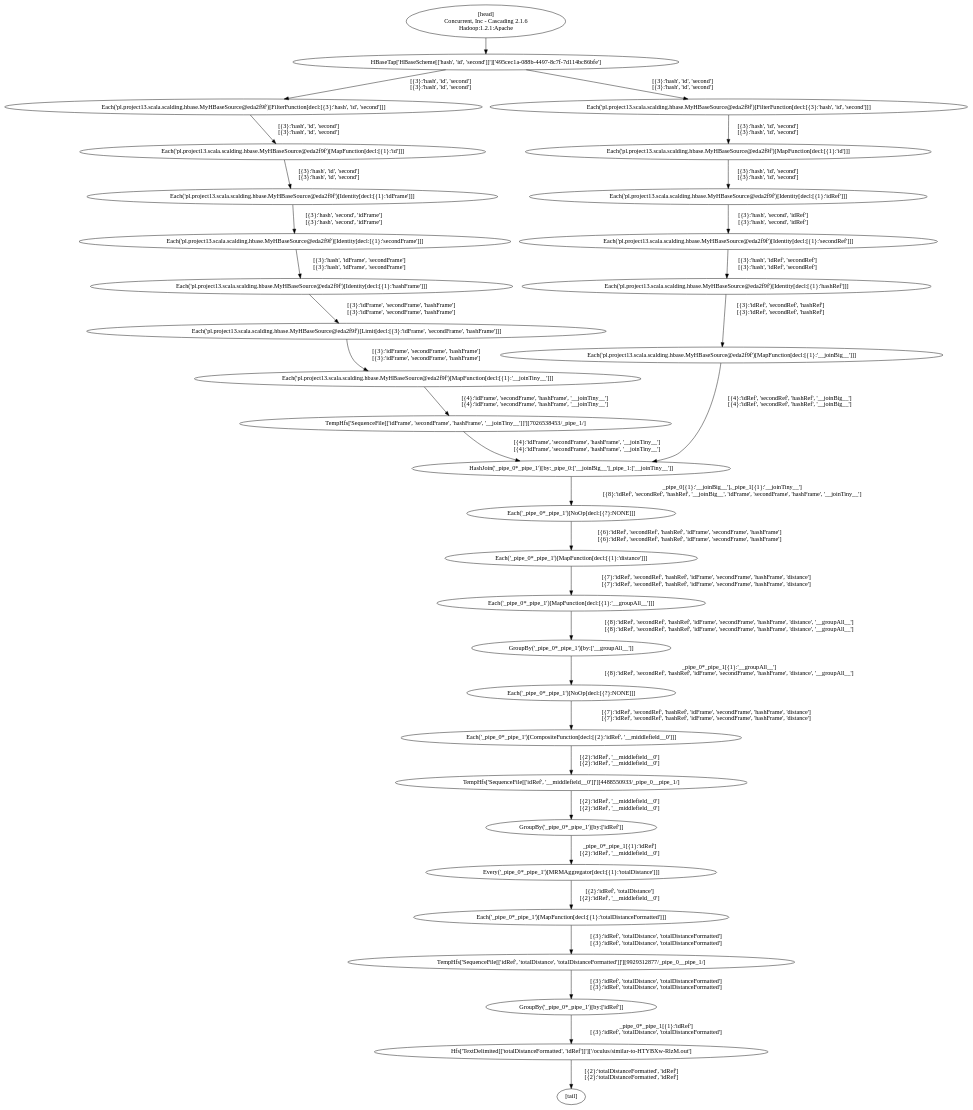
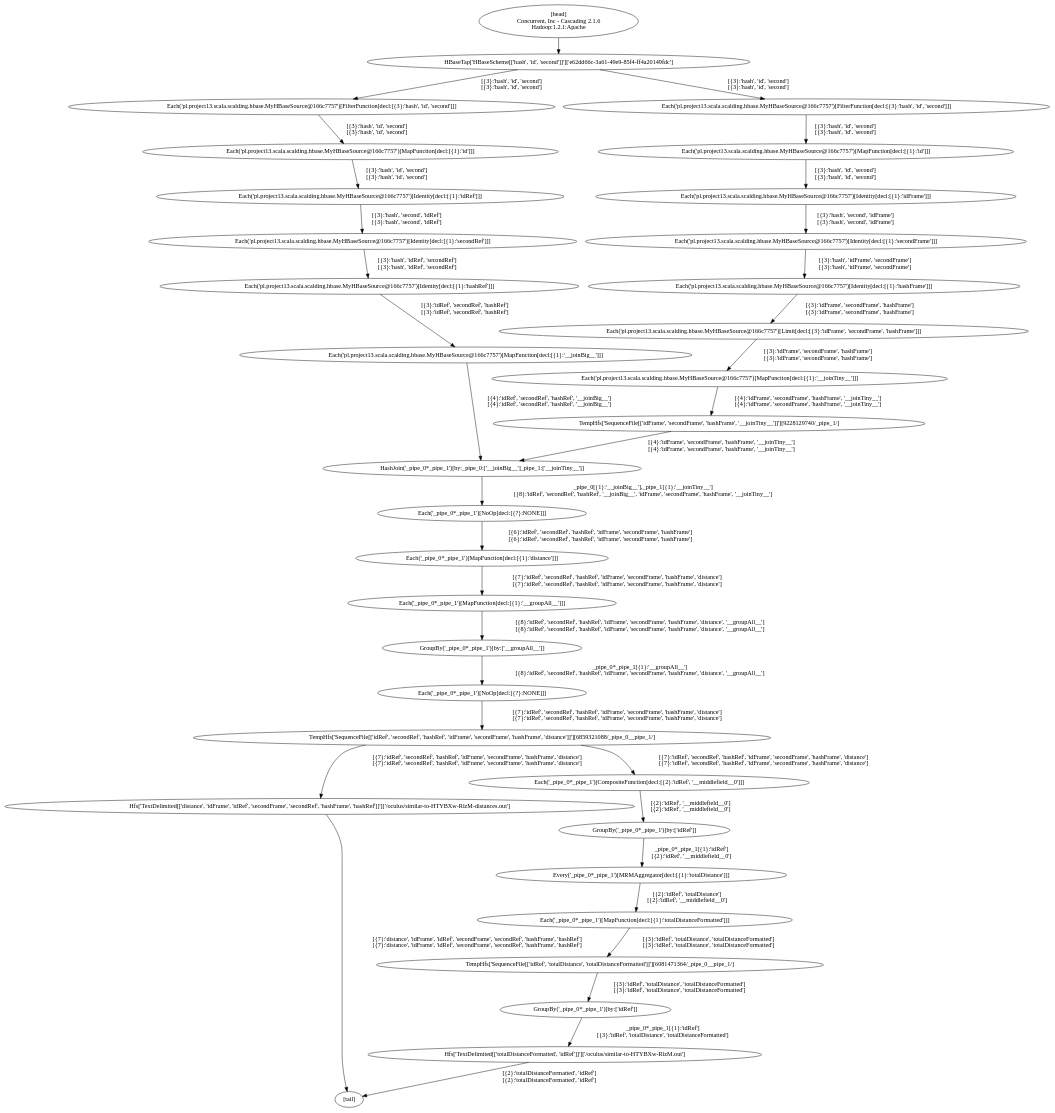
The diagram in FindSimilarMoviesJob.dot (ktoso/oculus), drawn with Graphviz before and after one commit. The commit also changed 1 other file, not shown here.

```diff
--- a/FindSimilarMoviesJob.dot
+++ b/FindSimilarMoviesJob.dot
@@ -1,64 +1,67 @@
 digraph G {
-  1 [label = "Hfs['TextDelimited[['totalDistanceFormatted', 'idRef']]']['/oculus/similar-to-HTYBXw-RlzM.out']"];
-  2 [label = "GroupBy('_pipe_0*_pipe_1')[by:['idRef']]"];
-  3 [label = "Each('_pipe_0*_pipe_1')[MapFunction[decl:[{1}:'totalDistanceFormatted']]]"];
-  4 [label = "Every('_pipe_0*_pipe_1')[MRMAggregator[decl:[{1}:'totalDistance']]]"];
-  5 [label = "GroupBy('_pipe_0*_pipe_1')[by:['idRef']]"];
-  6 [label = "Each('_pipe_0*_pipe_1')[CompositeFunction[decl:[{2}:'idRef', '__middlefield__0']]]"];
-  7 [label = "Each('_pipe_0*_pipe_1')[NoOp[decl:[{?}:NONE]]]"];
-  8 [label = "GroupBy('_pipe_0*_pipe_1')[by:['__groupAll__']]"];
-  9 [label = "Each('_pipe_0*_pipe_1')[MapFunction[decl:[{1}:'__groupAll__']]]"];
-  10 [label = "Each('_pipe_0*_pipe_1')[MapFunction[decl:[{1}:'distance']]]"];
-  11 [label = "Each('_pipe_0*_pipe_1')[NoOp[decl:[{?}:NONE]]]"];
-  12 [label = "HashJoin('_pipe_0*_pipe_1')[by:_pipe_0:['__joinBig__']_pipe_1:['__joinTiny__']]"];
-  13 [label = "Each('pl.project13.scala.scalding.hbase.MyHBaseSource@eda2f9f')[MapFunction[decl:[{1}:'__joinTiny__']]]"];
-  14 [label = "Each('pl.project13.scala.scalding.hbase.MyHBaseSource@eda2f9f')[Limit[decl:[{3}:'idFrame', 'secondFrame', 'hashFrame']]]"];
-  15 [label = "Each('pl.project13.scala.scalding.hbase.MyHBaseSource@eda2f9f')[Identity[decl:[{1}:'hashFrame']]]"];
-  16 [label = "Each('pl.project13.scala.scalding.hbase.MyHBaseSource@eda2f9f')[Identity[decl:[{1}:'secondFrame']]]"];
-  17 [label = "Each('pl.project13.scala.scalding.hbase.MyHBaseSource@eda2f9f')[Identity[decl:[{1}:'idFrame']]]"];
-  18 [label = "Each('pl.project13.scala.scalding.hbase.MyHBaseSource@eda2f9f')[MapFunction[decl:[{1}:'id']]]"];
-  19 [label = "Each('pl.project13.scala.scalding.hbase.MyHBaseSource@eda2f9f')[FilterFunction[decl:[{3}:'hash', 'id', 'second']]]"];
-  20 [label = "HBaseTap['HBaseScheme[['hash', 'id', 'second']]']['495cec1a-088b-4497-8c7f-7d114bc86bfe']"];
-  21 [label = "Each('pl.project13.scala.scalding.hbase.MyHBaseSource@eda2f9f')[MapFunction[decl:[{1}:'__joinBig__']]]"];
-  22 [label = "Each('pl.project13.scala.scalding.hbase.MyHBaseSource@eda2f9f')[Identity[decl:[{1}:'hashRef']]]"];
-  23 [label = "Each('pl.project13.scala.scalding.hbase.MyHBaseSource@eda2f9f')[Identity[decl:[{1}:'secondRef']]]"];
-  24 [label = "Each('pl.project13.scala.scalding.hbase.MyHBaseSource@eda2f9f')[Identity[decl:[{1}:'idRef']]]"];
-  25 [label = "Each('pl.project13.scala.scalding.hbase.MyHBaseSource@eda2f9f')[MapFunction[decl:[{1}:'id']]]"];
-  26 [label = "Each('pl.project13.scala.scalding.hbase.MyHBaseSource@eda2f9f')[FilterFunction[decl:[{3}:'hash', 'id', 'second']]]"];
-  27 [label = "[head]\nConcurrent, Inc - Cascading 2.1.6\nHadoop:1.2.1:Apache"];
-  28 [label = "[tail]"];
-  29 [label = "TempHfs['SequenceFile[['idRef', '__middlefield__0']]'][4488550933/_pipe_0__pipe_1/]"];
-  30 [label = "TempHfs['SequenceFile[['idRef', 'totalDistance', 'totalDistanceFormatted']]'][9929312877/_pipe_0__pipe_1/]"];
-  31 [label = "TempHfs['SequenceFile[['idFrame', 'secondFrame', 'hashFrame', '__joinTiny__']]'][7026538453/_pipe_1/]"];
-  19 -> 18 [label = "[{3}:'hash', 'id', 'second']\n[{3}:'hash', 'id', 'second']"];
-  18 -> 17 [label = "[{3}:'hash', 'id', 'second']\n[{3}:'hash', 'id', 'second']"];
-  17 -> 16 [label = "[{3}:'hash', 'second', 'idFrame']\n[{3}:'hash', 'second', 'idFrame']"];
-  16 -> 15 [label = "[{3}:'hash', 'idFrame', 'secondFrame']\n[{3}:'hash', 'idFrame', 'secondFrame']"];
-  15 -> 14 [label = "[{3}:'idFrame', 'secondFrame', 'hashFrame']\n[{3}:'idFrame', 'secondFrame', 'hashFrame']"];
-  14 -> 13 [label = "[{3}:'idFrame', 'secondFrame', 'hashFrame']\n[{3}:'idFrame', 'secondFrame', 'hashFrame']"];
-  26 -> 25 [label = "[{3}:'hash', 'id', 'second']\n[{3}:'hash', 'id', 'second']"];
-  25 -> 24 [label = "[{3}:'hash', 'id', 'second']\n[{3}:'hash', 'id', 'second']"];
-  24 -> 23 [label = "[{3}:'hash', 'second', 'idRef']\n[{3}:'hash', 'second', 'idRef']"];
-  23 -> 22 [label = "[{3}:'hash', 'idRef', 'secondRef']\n[{3}:'hash', 'idRef', 'secondRef']"];
-  22 -> 21 [label = "[{3}:'idRef', 'secondRef', 'hashRef']\n[{3}:'idRef', 'secondRef', 'hashRef']"];
-  12 -> 11 [label = "_pipe_0[{1}:'__joinBig__'],_pipe_1[{1}:'__joinTiny__']\n[{8}:'idRef', 'secondRef', 'hashRef', '__joinBig__', 'idFrame', 'secondFrame', 'hashFrame', '__joinTiny__']"];
-  11 -> 10 [label = "[{6}:'idRef', 'secondRef', 'hashRef', 'idFrame', 'secondFrame', 'hashFrame']\n[{6}:'idRef', 'secondRef', 'hashRef', 'idFrame', 'secondFrame', 'hashFrame']"];
-  10 -> 9 [label = "[{7}:'idRef', 'secondRef', 'hashRef', 'idFrame', 'secondFrame', 'hashFrame', 'distance']\n[{7}:'idRef', 'secondRef', 'hashRef', 'idFrame', 'secondFrame', 'hashFrame', 'distance']"];
-  9 -> 8 [label = "[{8}:'idRef', 'secondRef', 'hashRef', 'idFrame', 'secondFrame', 'hashFrame', 'distance', '__groupAll__']\n[{8}:'idRef', 'secondRef', 'hashRef', 'idFrame', 'secondFrame', 'hashFrame', 'distance', '__groupAll__']"];
-  8 -> 7 [label = "_pipe_0*_pipe_1[{1}:'__groupAll__']\n[{8}:'idRef', 'secondRef', 'hashRef', 'idFrame', 'secondFrame', 'hashFrame', 'distance', '__groupAll__']"];
-  7 -> 6 [label = "[{7}:'idRef', 'secondRef', 'hashRef', 'idFrame', 'secondFrame', 'hashFrame', 'distance']\n[{7}:'idRef', 'secondRef', 'hashRef', 'idFrame', 'secondFrame', 'hashFrame', 'distance']"];
-  5 -> 4 [label = "_pipe_0*_pipe_1[{1}:'idRef']\n[{2}:'idRef', '__middlefield__0']"];
-  4 -> 3 [label = "[{2}:'idRef', 'totalDistance']\n[{2}:'idRef', '__middlefield__0']"];
-  27 -> 20 [label = ""];
-  1 -> 28 [label = "[{2}:'totalDistanceFormatted', 'idRef']\n[{2}:'totalDistanceFormatted', 'idRef']"];
-  6 -> 29 [label = "[{2}:'idRef', '__middlefield__0']\n[{2}:'idRef', '__middlefield__0']"];
-  29 -> 5 [label = "[{2}:'idRef', '__middlefield__0']\n[{2}:'idRef', '__middlefield__0']"];
-  3 -> 30 [label = "[{3}:'idRef', 'totalDistance', 'totalDistanceFormatted']\n[{3}:'idRef', 'totalDistance', 'totalDistanceFormatted']"];
-  30 -> 2 [label = "[{3}:'idRef', 'totalDistance', 'totalDistanceFormatted']\n[{3}:'idRef', 'totalDistance', 'totalDistanceFormatted']"];
-  31 -> 12 [label = "[{4}:'idFrame', 'secondFrame', 'hashFrame', '__joinTiny__']\n[{4}:'idFrame', 'secondFrame', 'hashFrame', '__joinTiny__']"];
+  1 [label = "Hfs['TextDelimited[['distance', 'idFrame', 'idRef', 'secondFrame', 'secondRef', 'hashFrame', 'hashRef']]']['/oculus/similar-to-HTYBXw-RlzM-distances.out']"];
+  2 [label = "Each('_pipe_0*_pipe_1')[NoOp[decl:[{?}:NONE]]]"];
+  3 [label = "GroupBy('_pipe_0*_pipe_1')[by:['__groupAll__']]"];
+  4 [label = "Each('_pipe_0*_pipe_1')[MapFunction[decl:[{1}:'__groupAll__']]]"];
+  5 [label = "Each('_pipe_0*_pipe_1')[MapFunction[decl:[{1}:'distance']]]"];
+  6 [label = "Each('_pipe_0*_pipe_1')[NoOp[decl:[{?}:NONE]]]"];
+  7 [label = "HashJoin('_pipe_0*_pipe_1')[by:_pipe_0:['__joinBig__']_pipe_1:['__joinTiny__']]"];
+  8 [label = "Each('pl.project13.scala.scalding.hbase.MyHBaseSource@166c7757')[MapFunction[decl:[{1}:'__joinBig__']]]"];
+  9 [label = "Each('pl.project13.scala.scalding.hbase.MyHBaseSource@166c7757')[Identity[decl:[{1}:'hashRef']]]"];
+  10 [label = "Each('pl.project13.scala.scalding.hbase.MyHBaseSource@166c7757')[Identity[decl:[{1}:'secondRef']]]"];
+  11 [label = "Each('pl.project13.scala.scalding.hbase.MyHBaseSource@166c7757')[Identity[decl:[{1}:'idRef']]]"];
+  12 [label = "Each('pl.project13.scala.scalding.hbase.MyHBaseSource@166c7757')[MapFunction[decl:[{1}:'id']]]"];
+  13 [label = "Each('pl.project13.scala.scalding.hbase.MyHBaseSource@166c7757')[FilterFunction[decl:[{3}:'hash', 'id', 'second']]]"];
+  14 [label = "HBaseTap['HBaseScheme[['hash', 'id', 'second']]']['e62dd66c-3a61-49e9-85f4-ff4a20149fdc']"];
+  15 [label = "Each('pl.project13.scala.scalding.hbase.MyHBaseSource@166c7757')[MapFunction[decl:[{1}:'__joinTiny__']]]"];
+  16 [label = "Each('pl.project13.scala.scalding.hbase.MyHBaseSource@166c7757')[Limit[decl:[{3}:'idFrame', 'secondFrame', 'hashFrame']]]"];
+  17 [label = "Each('pl.project13.scala.scalding.hbase.MyHBaseSource@166c7757')[Identity[decl:[{1}:'hashFrame']]]"];
+  18 [label = "Each('pl.project13.scala.scalding.hbase.MyHBaseSource@166c7757')[Identity[decl:[{1}:'secondFrame']]]"];
+  19 [label = "Each('pl.project13.scala.scalding.hbase.MyHBaseSource@166c7757')[Identity[decl:[{1}:'idFrame']]]"];
+  20 [label = "Each('pl.project13.scala.scalding.hbase.MyHBaseSource@166c7757')[MapFunction[decl:[{1}:'id']]]"];
+  21 [label = "Each('pl.project13.scala.scalding.hbase.MyHBaseSource@166c7757')[FilterFunction[decl:[{3}:'hash', 'id', 'second']]]"];
+  22 [label = "Hfs['TextDelimited[['totalDistanceFormatted', 'idRef']]']['/oculus/similar-to-HTYBXw-RlzM.out']"];
+  23 [label = "GroupBy('_pipe_0*_pipe_1')[by:['idRef']]"];
+  24 [label = "Each('_pipe_0*_pipe_1')[MapFunction[decl:[{1}:'totalDistanceFormatted']]]"];
+  25 [label = "Every('_pipe_0*_pipe_1')[MRMAggregator[decl:[{1}:'totalDistance']]]"];
+  26 [label = "GroupBy('_pipe_0*_pipe_1')[by:['idRef']]"];
+  27 [label = "Each('_pipe_0*_pipe_1')[CompositeFunction[decl:[{2}:'idRef', '__middlefield__0']]]"];
+  28 [label = "[head]\nConcurrent, Inc - Cascading 2.1.6\nHadoop:1.2.1:Apache"];
+  29 [label = "[tail]"];
+  30 [label = "TempHfs['SequenceFile[['idRef', 'secondRef', 'hashRef', 'idFrame', 'secondFrame', 'hashFrame', 'distance']]'][6859321088/_pipe_0__pipe_1/]"];
+  31 [label = "TempHfs['SequenceFile[['idRef', 'totalDistance', 'totalDistanceFormatted']]'][6081471364/_pipe_0__pipe_1/]"];
+  32 [label = "TempHfs['SequenceFile[['idFrame', 'secondFrame', 'hashFrame', '__joinTiny__']]'][9228129740/_pipe_1/]"];
+  13 -> 12 [label = "[{3}:'hash', 'id', 'second']\n[{3}:'hash', 'id', 'second']"];
+  12 -> 11 [label = "[{3}:'hash', 'id', 'second']\n[{3}:'hash', 'id', 'second']"];
+  11 -> 10 [label = "[{3}:'hash', 'second', 'idRef']\n[{3}:'hash', 'second', 'idRef']"];
+  10 -> 9 [label = "[{3}:'hash', 'idRef', 'secondRef']\n[{3}:'hash', 'idRef', 'secondRef']"];
+  9 -> 8 [label = "[{3}:'idRef', 'secondRef', 'hashRef']\n[{3}:'idRef', 'secondRef', 'hashRef']"];
+  21 -> 20 [label = "[{3}:'hash', 'id', 'second']\n[{3}:'hash', 'id', 'second']"];
   20 -> 19 [label = "[{3}:'hash', 'id', 'second']\n[{3}:'hash', 'id', 'second']"];
-  20 -> 26 [label = "[{3}:'hash', 'id', 'second']\n[{3}:'hash', 'id', 'second']"];
-  21 -> 12 [label = "[{4}:'idRef', 'secondRef', 'hashRef', '__joinBig__']\n[{4}:'idRef', 'secondRef', 'hashRef', '__joinBig__']"];
-  2 -> 1 [label = "_pipe_0*_pipe_1[{1}:'idRef']\n[{3}:'idRef', 'totalDistance', 'totalDistanceFormatted']"];
-  13 -> 31 [label = "[{4}:'idFrame', 'secondFrame', 'hashFrame', '__joinTiny__']\n[{4}:'idFrame', 'secondFrame', 'hashFrame', '__joinTiny__']"];
+  19 -> 18 [label = "[{3}:'hash', 'second', 'idFrame']\n[{3}:'hash', 'second', 'idFrame']"];
+  18 -> 17 [label = "[{3}:'hash', 'idFrame', 'secondFrame']\n[{3}:'hash', 'idFrame', 'secondFrame']"];
+  17 -> 16 [label = "[{3}:'idFrame', 'secondFrame', 'hashFrame']\n[{3}:'idFrame', 'secondFrame', 'hashFrame']"];
+  16 -> 15 [label = "[{3}:'idFrame', 'secondFrame', 'hashFrame']\n[{3}:'idFrame', 'secondFrame', 'hashFrame']"];
+  7 -> 6 [label = "_pipe_0[{1}:'__joinBig__'],_pipe_1[{1}:'__joinTiny__']\n[{8}:'idRef', 'secondRef', 'hashRef', '__joinBig__', 'idFrame', 'secondFrame', 'hashFrame', '__joinTiny__']"];
+  6 -> 5 [label = "[{6}:'idRef', 'secondRef', 'hashRef', 'idFrame', 'secondFrame', 'hashFrame']\n[{6}:'idRef', 'secondRef', 'hashRef', 'idFrame', 'secondFrame', 'hashFrame']"];
+  5 -> 4 [label = "[{7}:'idRef', 'secondRef', 'hashRef', 'idFrame', 'secondFrame', 'hashFrame', 'distance']\n[{7}:'idRef', 'secondRef', 'hashRef', 'idFrame', 'secondFrame', 'hashFrame', 'distance']"];
+  4 -> 3 [label = "[{8}:'idRef', 'secondRef', 'hashRef', 'idFrame', 'secondFrame', 'hashFrame', 'distance', '__groupAll__']\n[{8}:'idRef', 'secondRef', 'hashRef', 'idFrame', 'secondFrame', 'hashFrame', 'distance', '__groupAll__']"];
+  3 -> 2 [label = "_pipe_0*_pipe_1[{1}:'__groupAll__']\n[{8}:'idRef', 'secondRef', 'hashRef', 'idFrame', 'secondFrame', 'hashFrame', 'distance', '__groupAll__']"];
+  27 -> 26 [label = "[{2}:'idRef', '__middlefield__0']\n[{2}:'idRef', '__middlefield__0']"];
+  26 -> 25 [label = "_pipe_0*_pipe_1[{1}:'idRef']\n[{2}:'idRef', '__middlefield__0']"];
+  25 -> 24 [label = "[{2}:'idRef', 'totalDistance']\n[{2}:'idRef', '__middlefield__0']"];
+  28 -> 14 [label = ""];
+  1 -> 29 [label = "[{7}:'distance', 'idFrame', 'idRef', 'secondFrame', 'secondRef', 'hashFrame', 'hashRef']\n[{7}:'distance', 'idFrame', 'idRef', 'secondFrame', 'secondRef', 'hashFrame', 'hashRef']"];
+  22 -> 29 [label = "[{2}:'totalDistanceFormatted', 'idRef']\n[{2}:'totalDistanceFormatted', 'idRef']"];
+  2 -> 30 [label = "[{7}:'idRef', 'secondRef', 'hashRef', 'idFrame', 'secondFrame', 'hashFrame', 'distance']\n[{7}:'idRef', 'secondRef', 'hashRef', 'idFrame', 'secondFrame', 'hashFrame', 'distance']"];
+  30 -> 27 [label = "[{7}:'idRef', 'secondRef', 'hashRef', 'idFrame', 'secondFrame', 'hashFrame', 'distance']\n[{7}:'idRef', 'secondRef', 'hashRef', 'idFrame', 'secondFrame', 'hashFrame', 'distance']"];
+  24 -> 31 [label = "[{3}:'idRef', 'totalDistance', 'totalDistanceFormatted']\n[{3}:'idRef', 'totalDistance', 'totalDistanceFormatted']"];
+  31 -> 23 [label = "[{3}:'idRef', 'totalDistance', 'totalDistanceFormatted']\n[{3}:'idRef', 'totalDistance', 'totalDistanceFormatted']"];
+  32 -> 7 [label = "[{4}:'idFrame', 'secondFrame', 'hashFrame', '__joinTiny__']\n[{4}:'idFrame', 'secondFrame', 'hashFrame', '__joinTiny__']"];
+  14 -> 13 [label = "[{3}:'hash', 'id', 'second']\n[{3}:'hash', 'id', 'second']"];
+  14 -> 21 [label = "[{3}:'hash', 'id', 'second']\n[{3}:'hash', 'id', 'second']"];
+  15 -> 32 [label = "[{4}:'idFrame', 'secondFrame', 'hashFrame', '__joinTiny__']\n[{4}:'idFrame', 'secondFrame', 'hashFrame', '__joinTiny__']"];
+  30 -> 1 [label = "[{7}:'idRef', 'secondRef', 'hashRef', 'idFrame', 'secondFrame', 'hashFrame', 'distance']\n[{7}:'idRef', 'secondRef', 'hashRef', 'idFrame', 'secondFrame', 'hashFrame', 'distance']"];
+  23 -> 22 [label = "_pipe_0*_pipe_1[{1}:'idRef']\n[{3}:'idRef', 'totalDistance', 'totalDistanceFormatted']"];
+  8 -> 7 [label = "[{4}:'idRef', 'secondRef', 'hashRef', '__joinBig__']\n[{4}:'idRef', 'secondRef', 'hashRef', '__joinBig__']"];
 }
```
